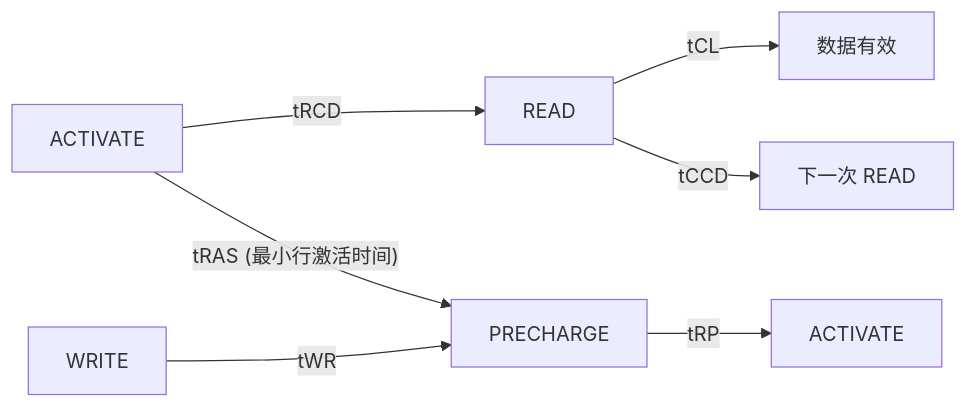
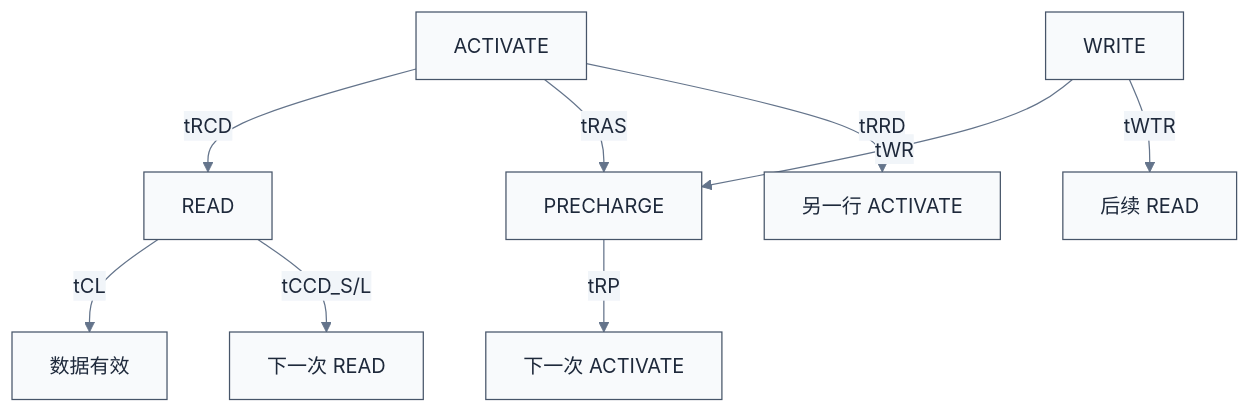
One commit to swjtuer326/cs-learning-notes changed the eighth of 9 diagrams in ddr/03-DDR工作原理与时序参数.md. Above: the diagram before and after it, drawn with Mermaid. The commit also changed other lines of this file and 9 other files, not shown here.

````diff
--- a/ddr/03-DDR工作原理与时序参数.md
+++ b/ddr/03-DDR工作原理与时序参数.md
@@ -155,9 +407,12 @@
 ```mermaid
-flowchart LR
+%%{init: {"theme": "base", "themeVariables": {"primaryColor": "#f8fafc", "primaryTextColor": "#1e293b", "primaryBorderColor": "#475569", "lineColor": "#64748b", "secondaryColor": "#f1f5f9", "secondaryBorderColor": "#94a3b8", "tertiaryColor": "#f8fafc", "fontFamily": "\"trebuchet ms\", verdana, arial, sans-serif"}}}%%
+flowchart TD
     ACT["ACTIVATE"] -- "tRCD" --> READ["READ"]
-    READ -- "tCL" --> DATA["数据有效"]
-    READ -- "tCCD" --> READ2["下一次 READ"]
+    READ -- "tCL" --> Data["数据有效"]
+    READ -- "tCCD_S/L" --> ReadNext["下一次 READ"]
     WRITE["WRITE"] -- "tWR" --> PRE["PRECHARGE"]
-    PRE -- "tRP" --> ACT2["ACTIVATE"]
-    ACT -- "tRAS (最小行激活时间)" --> PRE
+    PRE -- "tRP" --> ActNext["下一次 ACTIVATE"]
+    ACT -- "tRAS" --> PRE
+    ACT -- "tRRD" --> ActOther["另一行 ACTIVATE"]
+    WRITE -- "tWTR" --> ReadAfter["后续 READ"]
 ```
````
